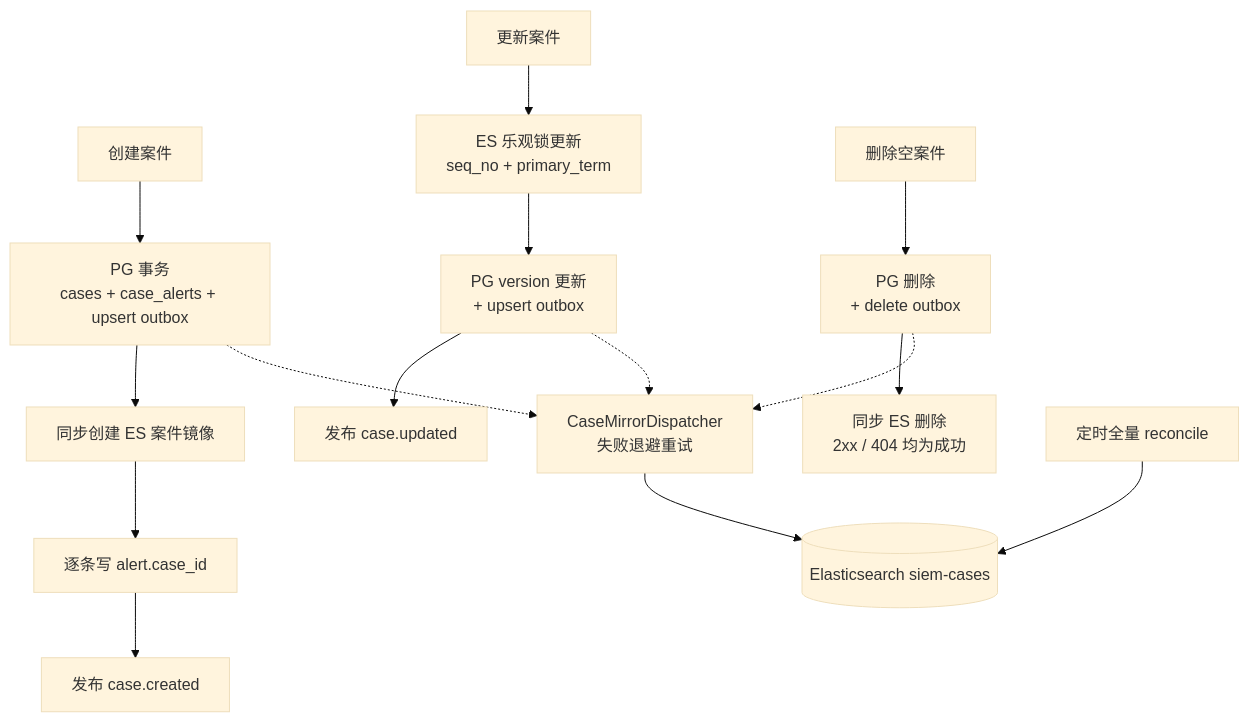
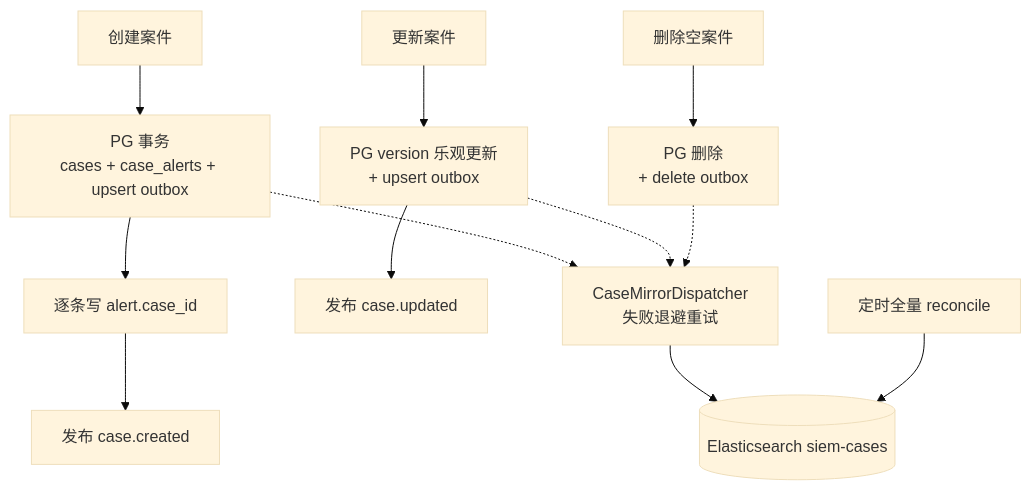
Before and after one commit to xsc683/HISIEM: the diagram in docs/architecture-deep-dive.md, drawn with Mermaid (base theme). The commit also changed other lines of this file and 39 other files, not shown here.

````diff
--- a/docs/architecture-deep-dive.md
+++ b/docs/architecture-deep-dive.md
@@ -753,20 +753,17 @@
 ```mermaid
 flowchart TD
     CREATE["创建案件"] --> CPG["PG 事务<br/>cases + case_alerts + upsert outbox"]
-    CPG --> CES["同步创建 ES 案件镜像"]
-    CES --> CMARK["逐条写 alert.case_id"]
+    CPG --> CMARK["逐条写 alert.case_id"]
     CMARK --> CLIFE["发布 case.created"]
 
-    UPDATE["更新案件"] --> UES["ES 乐观锁更新<br/>seq_no + primary_term"]
-    UES --> UPG["PG version 更新<br/>+ upsert outbox"]
+    UPDATE["更新案件"] --> UPG["PG version 乐观更新<br/>+ upsert outbox"]
     UPG --> ULIFE["发布 case.updated"]
 
     DELETE["删除空案件"] --> DPG["PG 删除<br/>+ delete outbox"]
-    DPG --> DES["同步 ES 删除<br/>2xx / 404 均为成功"]
 
     CPG -.-> OUTBOX["CaseMirrorDispatcher<br/>失败退避重试"]
     UPG -.-> OUTBOX
     DPG -.-> OUTBOX
     OUTBOX --> MIRROR[("Elasticsearch siem-cases")]
     RECON["定时全量 reconcile"] --> MIRROR
 ```
````
